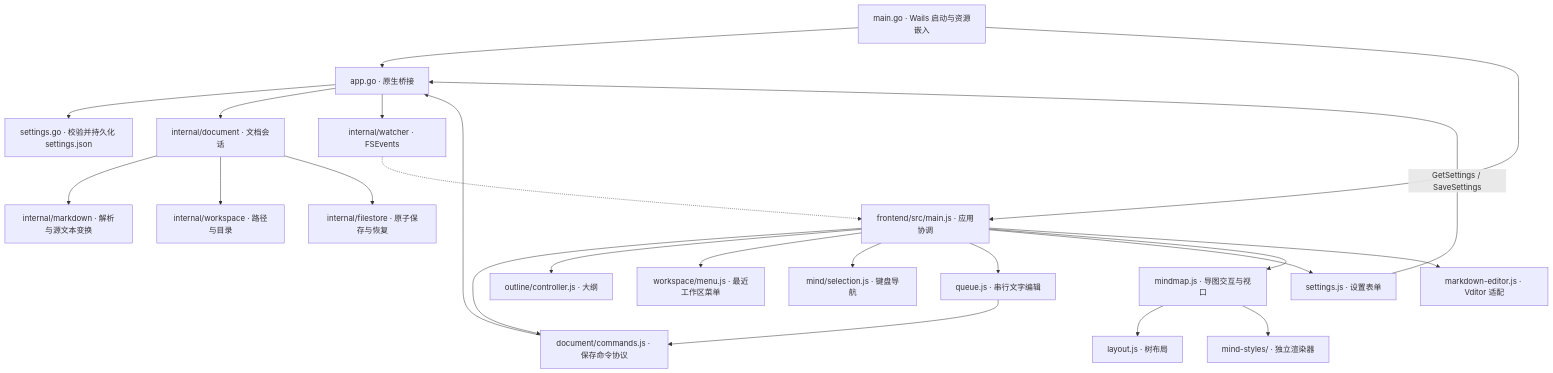
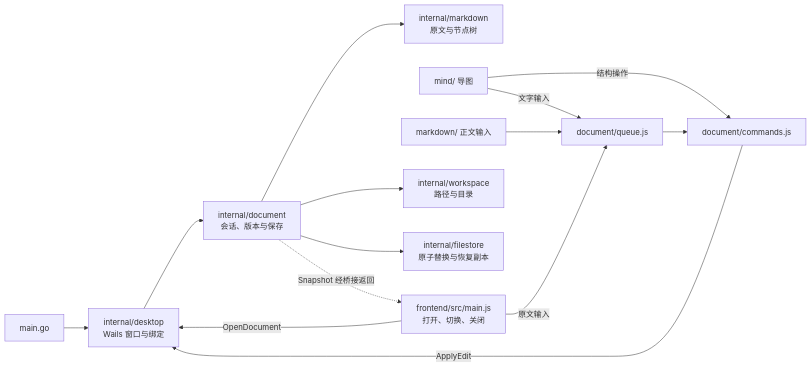
The diagram in CODE_MAP.md (liyinghaodashi/openmind), drawn with Mermaid before and after one commit. The commit also changed other lines of this file and 254 other files, not shown here.

````diff
--- a/CODE_MAP.md
+++ b/CODE_MAP.md
@@ -23,25 +5,15 @@
 ```mermaid
-flowchart TD
-  Boot["main.go · Wails 启动与资源嵌入"] --> App["app.go · 原生桥接"]
-  Boot --> Main["frontend/src/main.js · 应用协调"]
-  Main --> Cmd["document/commands.js · 保存命令协议"]
-  Main --> Outline["outline/controller.js · 大纲"]
-  Main --> Menu["workspace/menu.js · 最近工作区菜单"]
-  Main --> Selection["mind/selection.js · 键盘导航"]
-  Main --> Queue["queue.js · 串行文字编辑"]
-  Queue --> Cmd
-  Cmd --> App
-  Main --> SettingsUI["settings.js · 设置表单"]
-  SettingsUI -->|GetSettings / SaveSettings| App
-  App --> Config["settings.go · 校验并持久化 settings.json"]
-  Main --> Map["mindmap.js · 导图交互与视口"]
-  Map --> Layout["layout.js · 树布局"]
-  Map --> Styles["mind-styles/ · 独立渲染器"]
-  Main --> Editor["markdown-editor.js · Vditor 适配"]
-  App --> Doc["internal/document · 文档会话"]
-  Doc --> Markdown["internal/markdown · 解析与源文本变换"]
-  Doc --> Workspace["internal/workspace · 路径与目录"]
-  Doc --> Store["internal/filestore · 原子保存与恢复"]
-  App --> Watcher["internal/watcher · FSEvents"]
-  Watcher -.-> Main
+flowchart LR
+  Start["main.go"] --> Desktop["internal/desktop<br/>Wails 窗口与绑定"]
+  UI["frontend/src/main.js<br/>打开、切换、关闭"] -->|OpenDocument| Desktop
+  Mind["mind/ 导图"] -->|结构操作| Commands["document/commands.js"]
+  Mind -->|文字输入| Queue
+  Text["markdown/ 正文输入"] --> Queue["document/queue.js"] --> Commands
+  UI -->|原文输入| Queue
+  Commands -->|ApplyEdit| Desktop
+  Desktop --> Doc["internal/document<br/>会话、版本与保存"]
+  Doc --> Parse["internal/markdown<br/>原文与节点树"]
+  Doc --> Paths["internal/workspace<br/>路径与目录"]
+  Doc --> Disk["internal/filestore<br/>原子替换与恢复副本"]
+  Doc -.->|Snapshot 经桥接返回| UI
 ```
````
